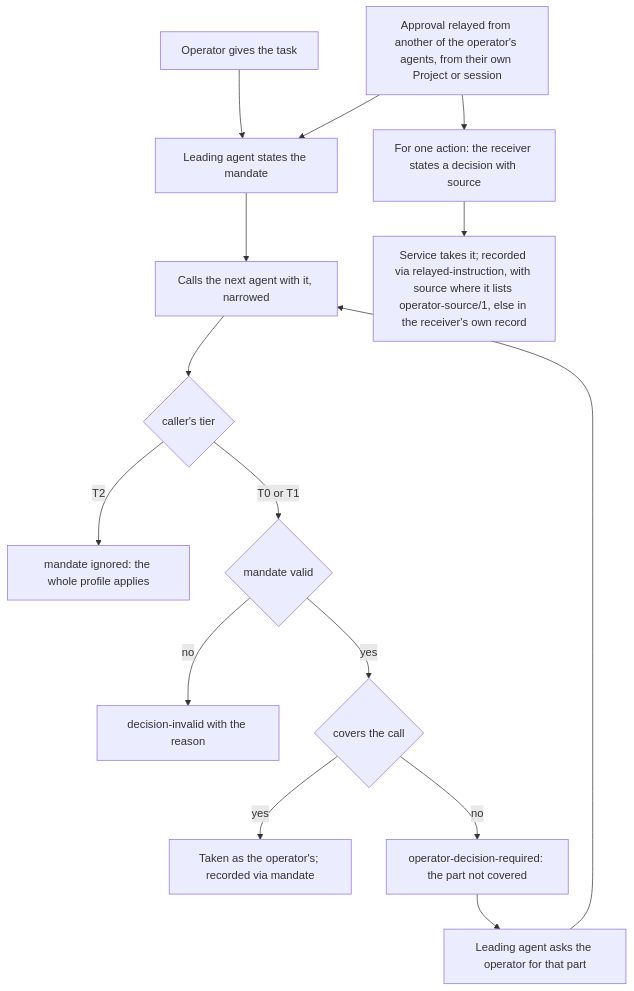
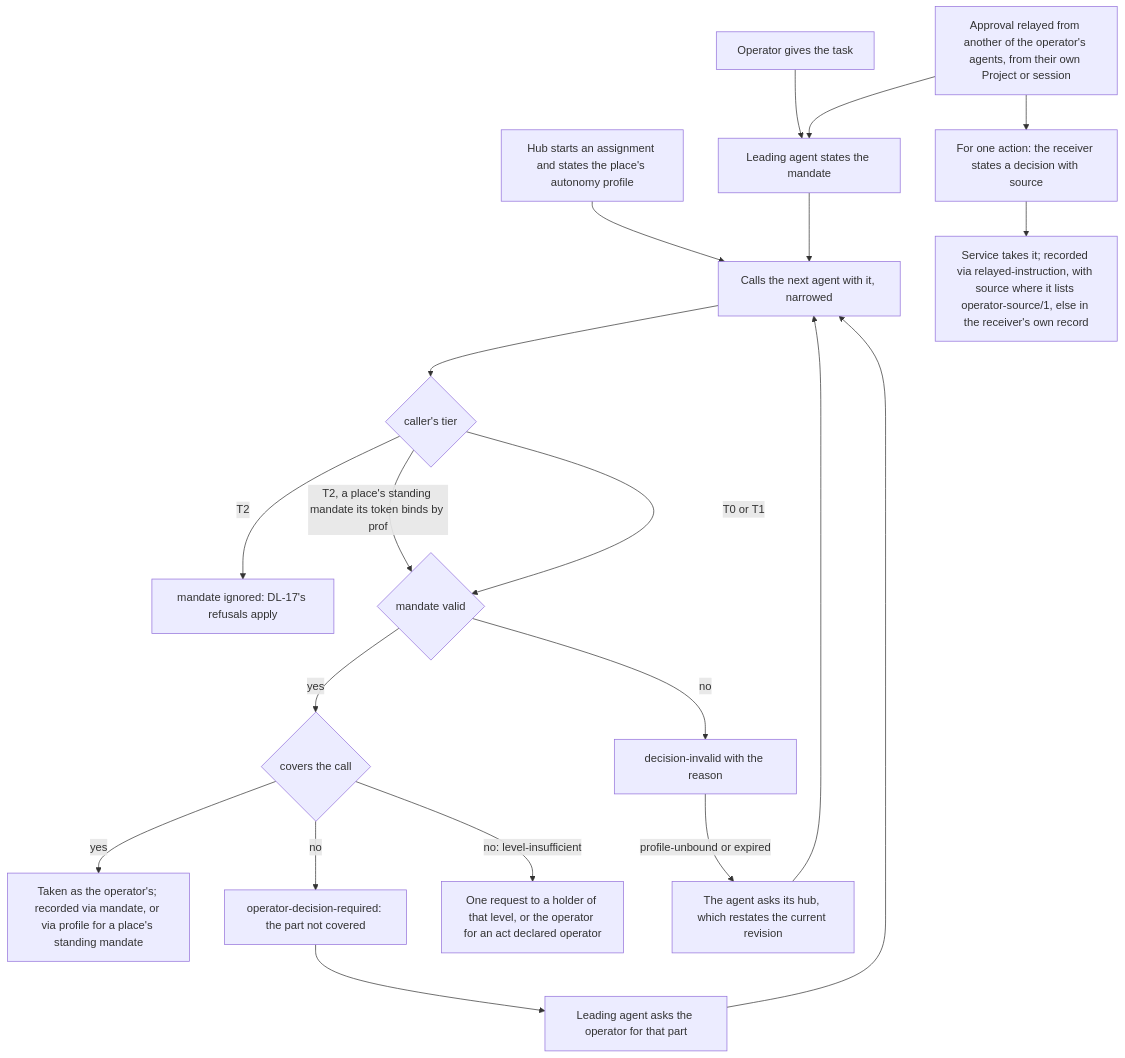
Diagram 31 of 34 in docs/ux/flows.md (passioncode-ai/fabric-agent-contract), drawn with Mermaid before and after one commit. The commit also changed other lines of this file and 41 other files, not shown here.

First line of the commit message:
DEC-0166 (CT-285): a place's autonomy profile as a standing mandate (#306)

````diff
--- a/docs/ux/flows.md
+++ b/docs/ux/flows.md
@@ -851,17 +852,22 @@
 ```mermaid
 flowchart TD
   O[Operator gives the task] --> L[Leading agent states the mandate]
+  H[Hub starts an assignment and states the place's autonomy profile] --> C
   R[Approval relayed from another of the operator's agents, from their own Project or session] --> L
   R --> D[For one action: the receiver states a decision with source]
   D --> S[Service takes it; recorded via relayed-instruction, with source where it lists operator-source/1, else in the receiver's own record]
   L --> C[Calls the next agent with it, narrowed]
   C --> T{caller's tier}
-  T -->|T2| X[mandate ignored: the whole profile applies]
+  T -->|T2| X[mandate ignored: DL-17's refusals apply]
+  T -->|T2, a place's standing mandate its token binds by prof| V
   T -->|T0 or T1| V{mandate valid}
   V -->|no| I[decision-invalid with the reason]
   V -->|yes| K{covers the call}
-  K -->|yes| A[Taken as the operator's; recorded via mandate]
+  K -->|yes| A[Taken as the operator's; recorded via mandate, or via profile for a place's standing mandate]
   K -->|no| Q[operator-decision-required: the part not covered]
   Q --> P[Leading agent asks the operator for that part]
   P --> C
+  K -->|no: level-insufficient| LH[One request to a holder of that level, or the operator for an act declared operator]
+  I -->|profile-unbound or expired| HR[The agent asks its hub, which restates the current revision]
+  HR --> C
 ```
````
